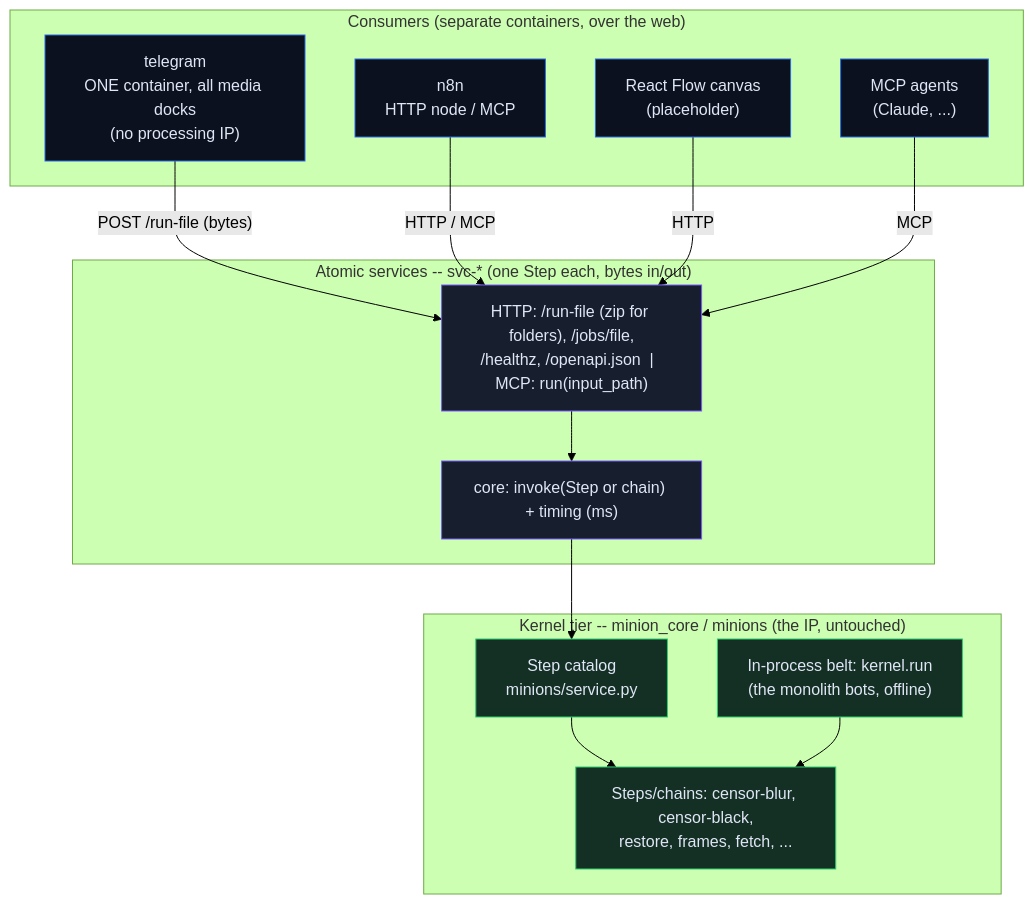
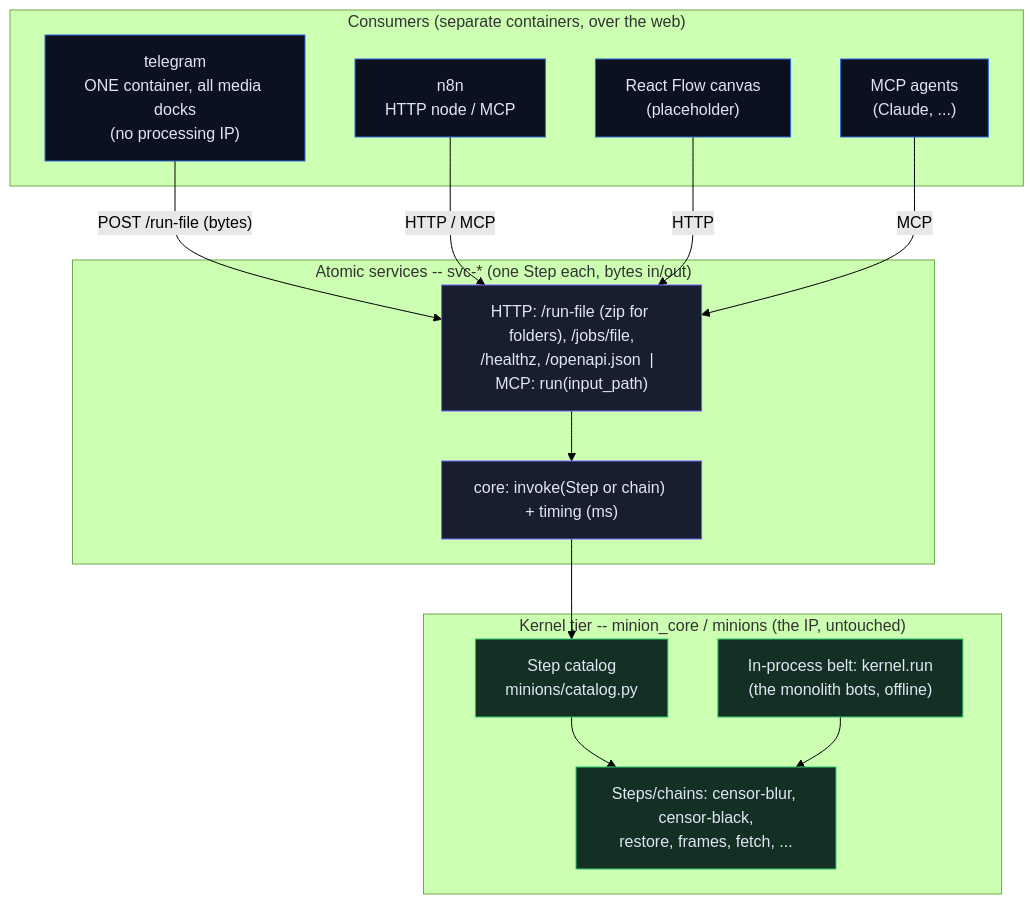
One commit to coppermilk/minion2 changed the diagram in ARCHITECTURE.md. Above: the diagram before and after it, drawn with Mermaid (forest theme). The commit also changed other lines of this file and 61 other files, not shown here.

````diff
--- a/ARCHITECTURE.md
+++ b/ARCHITECTURE.md
@@ -8,32 +8,32 @@
 ```mermaid
 flowchart TB
   classDef ip   fill:#143024,stroke:#2ecc71,color:#dfe6f5
   classDef svc  fill:#171e2e,stroke:#7a5cff,color:#dfe6f5
   classDef ext  fill:#0c1120,stroke:#2d6cdf,color:#dfe6f5
 
   subgraph EXT["Consumers (separate containers, over the web)"]
     TG["telegram<br/>ONE container, all media docks<br/>(no processing IP)"]:::ext
     N8N["n8n<br/>HTTP node / MCP"]:::ext
     RF["React Flow canvas<br/>(placeholder)"]:::ext
     AG["MCP agents<br/>(Claude, ...)"]:::ext
   end
 
   subgraph SVCS["Atomic services -- svc-* (one Step each, bytes in/out)"]
     SKINS["HTTP: /run-file (zip for folders), /jobs/file,<br/>/healthz, /openapi.json  |  MCP: run(input_path)"]:::svc
     CORE["core: invoke(Step or chain) + timing (ms)"]:::svc
   end
 
   subgraph KERN["Kernel tier -- minion_core / minions (the IP, untouched)"]
-    CAT["Step catalog<br/>minions/service.py"]:::ip
+    CAT["Step catalog<br/>minions/catalog.py"]:::ip
     STEPS["Steps/chains: censor-blur, censor-black,<br/>restore, frames, fetch, ..."]:::ip
     BELT["In-process belt: kernel.run<br/>(the monolith bots, offline)"]:::ip
   end
 
   TG -- "POST /run-file (bytes)" --> SKINS
   N8N -- "HTTP / MCP" --> SKINS
   RF -- "HTTP" --> SKINS
   AG -- "MCP" --> SKINS
   SKINS --> CORE
   CORE --> CAT --> STEPS
   BELT --> STEPS
 ```
````
